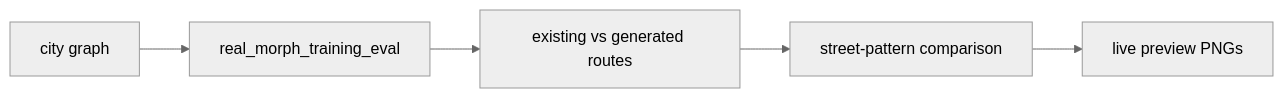
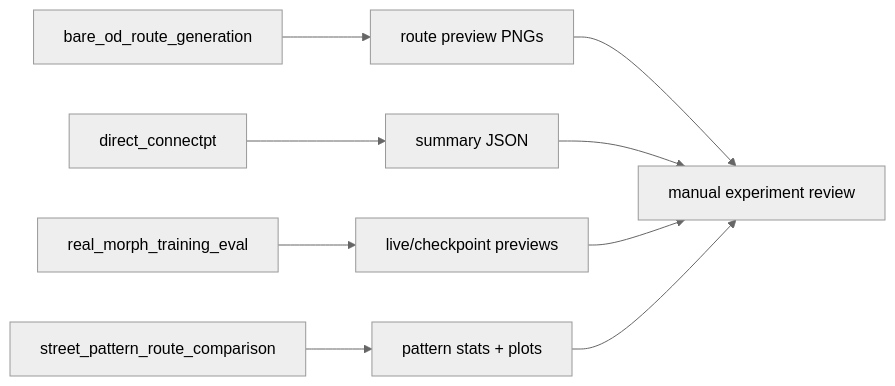
The diagram in README.md (GeorgeKontsevik/yana_experiments), drawn with Mermaid (neutral theme) before and after one commit. The commit also changed other lines of this file and 1 other file, not shown here.

Commit message:
Fix README result image and run notes

````diff
--- a/README.md
+++ b/README.md
@@ -7,7 +7,11 @@
 ```mermaid
 flowchart LR
-    CITY[city graph] --> TRAIN[real_morph_training_eval]
-    TRAIN --> ROUTES[existing vs generated routes]
-    ROUTES --> PATTERN[street-pattern comparison]
-    PATTERN --> PREVIEW[live preview PNGs]
+    BARE[bare_od_route_generation] --> PREVIEW[route preview PNGs]
+    DIRECT[direct_connectpt] --> SUM[summary JSON]
+    REAL[real_morph_training_eval] --> LIVE[live/checkpoint previews]
+    COMP[street_pattern_route_comparison] --> STATS[pattern stats + plots]
+    PREVIEW --> REVIEW[manual experiment review]
+    SUM --> REVIEW
+    LIVE --> REVIEW
+    STATS --> REVIEW
 ```
````
